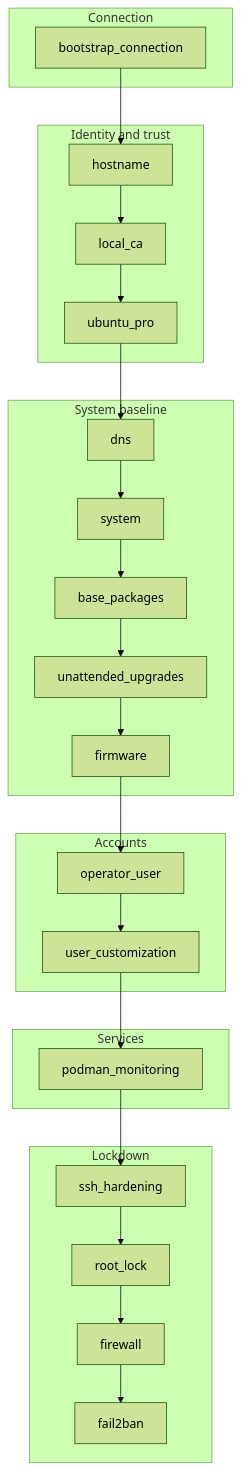
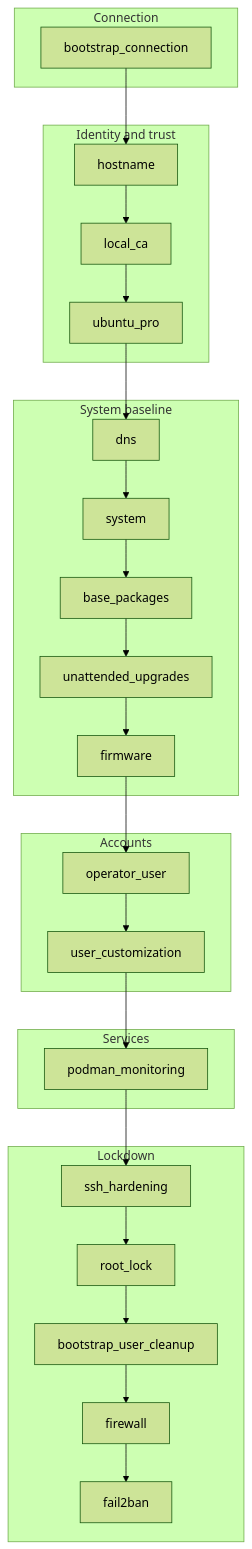
One commit to nayrosk/nayrosk-ansible changed the first of 3 diagrams in docs/architecture.md. Above: the diagram before and after it, drawn with Mermaid (forest theme). The commit also changed other lines of this file and 29 other files, not shown here.

First line of the commit message:
feat(bootstrap_connection): choose the bootstrap user and remove it after (#22)

````diff
--- a/docs/architecture.md
+++ b/docs/architecture.md
@@ -11,26 +11,26 @@
 ```mermaid
 flowchart TD
     subgraph connect["Connection"]
         A[bootstrap_connection]
     end
     subgraph identity["Identity and trust"]
         B[hostname] --> C[local_ca] --> D[ubuntu_pro]
     end
     subgraph base["System baseline"]
         E[dns] --> F[system] --> G[base_packages] --> H[unattended_upgrades] --> I[firmware]
     end
     subgraph accounts["Accounts"]
         J[operator_user] --> K[user_customization]
     end
     subgraph services["Services"]
         L[podman_monitoring]
     end
     subgraph lockdown["Lockdown"]
-        M[ssh_hardening] --> P[root_lock] --> N[firewall] --> O[fail2ban]
+        M[ssh_hardening] --> P[root_lock] --> Q[bootstrap_user_cleanup] --> N[firewall] --> O[fail2ban]
     end
     A --> B
     D --> E
     I --> J
     K --> L
     L --> M
 ```
````
